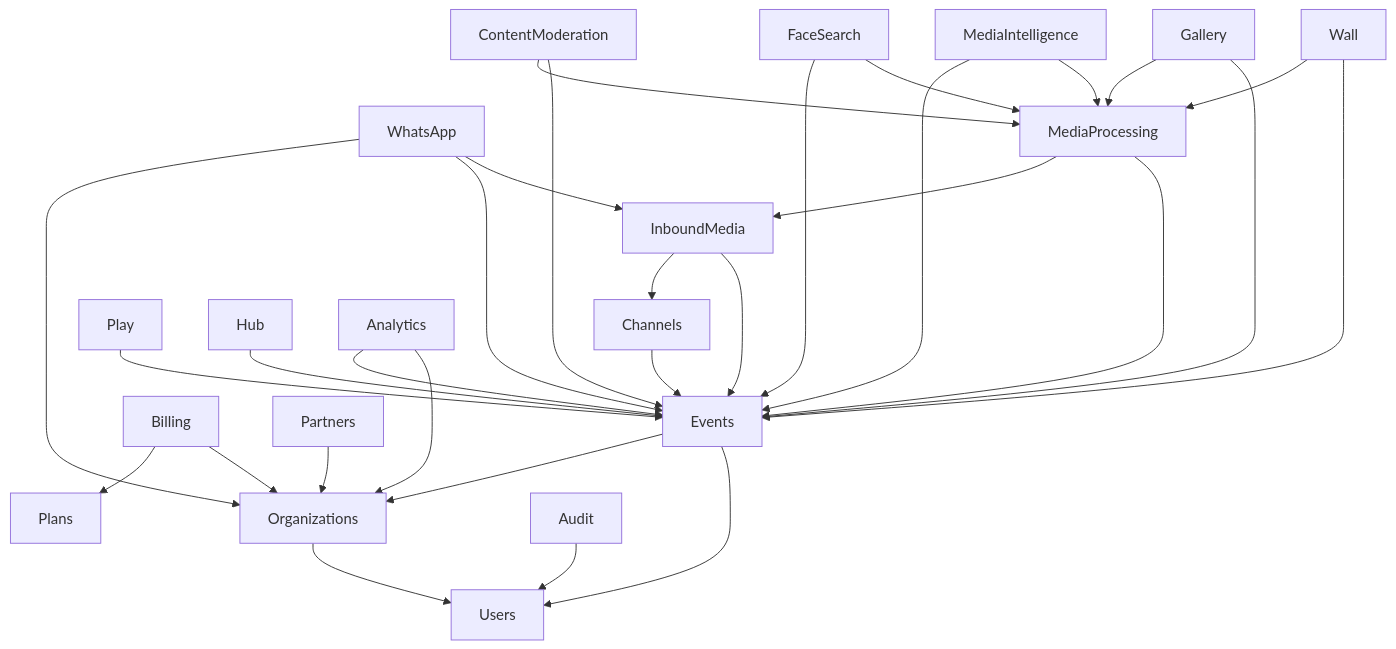
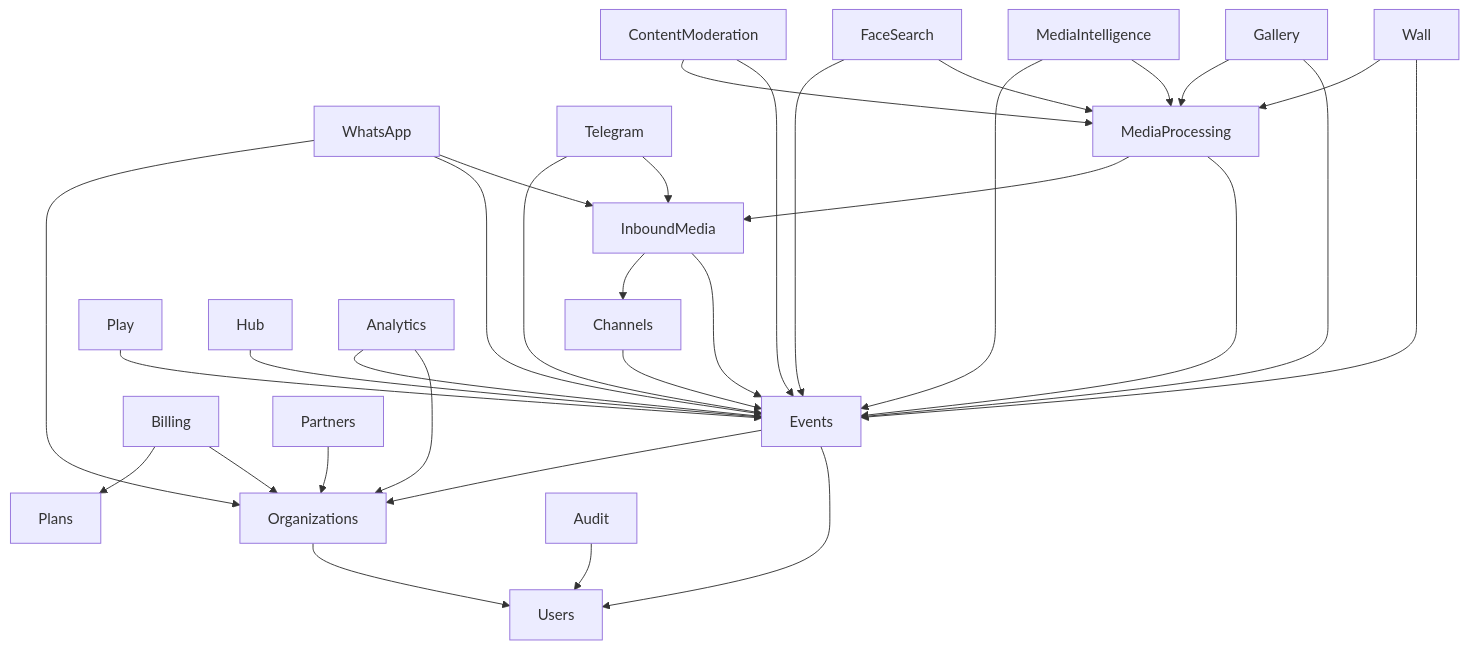
Before and after one commit to hypeneural/vivoevento: the diagram in docs/modules/module-map.md, drawn with Mermaid. The commit also changed other lines of this file and 472 other files, not shown here.

````diff
--- a/docs/modules/module-map.md
+++ b/docs/modules/module-map.md
@@ -32,32 +33,34 @@
 ```mermaid
 graph TD
     Organizations --> Users
     Events --> Organizations
     Events --> Users
     Channels --> Events
     InboundMedia --> Channels
     InboundMedia --> Events
     WhatsApp --> Organizations
     WhatsApp --> Events
     WhatsApp --> InboundMedia
+    Telegram --> Events
+    Telegram --> InboundMedia
     MediaProcessing --> InboundMedia
     MediaProcessing --> Events
     ContentModeration --> MediaProcessing
     ContentModeration --> Events
     FaceSearch --> Events
     FaceSearch --> MediaProcessing
     MediaIntelligence --> Events
     MediaIntelligence --> MediaProcessing
     Gallery --> MediaProcessing
     Gallery --> Events
     Wall --> MediaProcessing
     Wall --> Events
     Play --> Events
     Hub --> Events
     Billing --> Plans
     Billing --> Organizations
     Partners --> Organizations
     Analytics --> Events
     Analytics --> Organizations
     Audit --> Users
 ```
````
